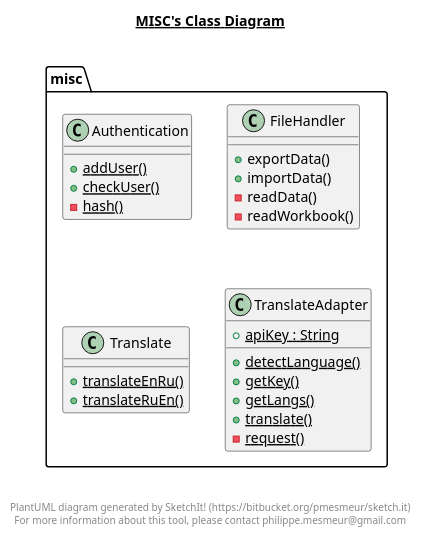
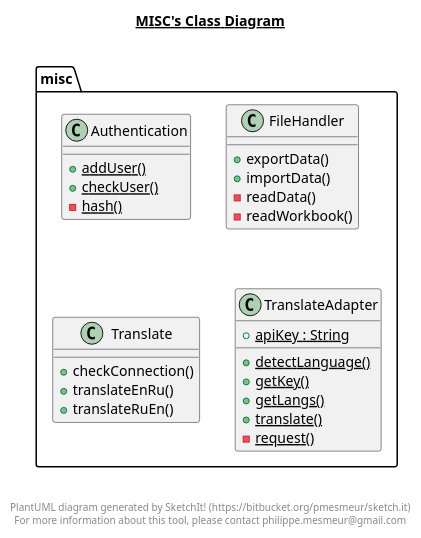
Before and after one commit to Liffex/Diplom: the diagram in src/misc/misc.plantuml, drawn with PlantUML. The commit also changed 19 other files, not shown here.

```diff
--- a/src/misc/misc.plantuml
+++ b/src/misc/misc.plantuml
@@ -1,53 +1,54 @@
 @startuml
 
 title __MISC's Class Diagram__\n
 
   namespace misc {
     class misc.Authentication {
         {static} + addUser()
         {static} + checkUser()
         {static} - hash()
     }
   }
   
 
   namespace misc {
     class misc.FileHandler {
         + exportData()
         + importData()
         - readData()
         - readWorkbook()
     }
   }
   
 
   namespace misc {
     class misc.Translate {
-        {static} + translateEnRu()
-        {static} + translateRuEn()
+        + checkConnection()
+        + translateEnRu()
+        + translateRuEn()
     }
   }
   
 
   namespace misc {
     class misc.TranslateAdapter {
         {static} + apiKey : String
         {static} + detectLanguage()
         {static} + getKey()
         {static} + getLangs()
         {static} + translate()
         {static} - request()
     }
   }
   
 
 
 
 right footer
 
 
 PlantUML diagram generated by SketchIt! (https://bitbucket.org/pmesmeur/sketch.it)
 For more information about this tool, please contact philippe.mesmeur@gmail.com
 endfooter
 
 @enduml
```
